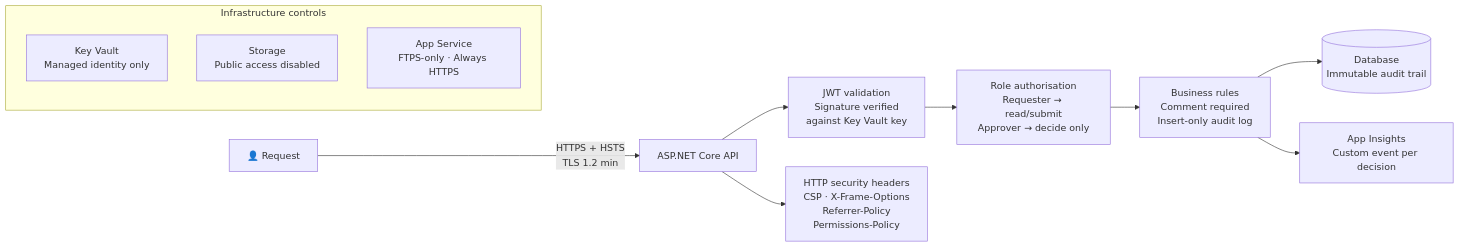
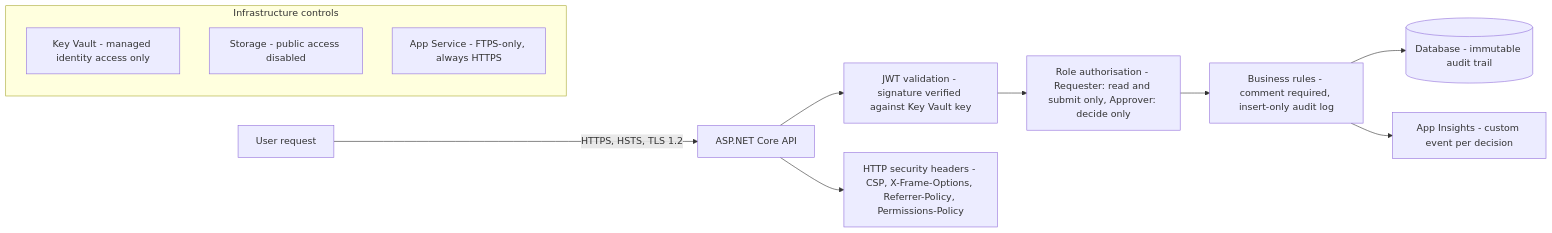
Before and after one commit to Jugcmd/CloudSec: the third of 5 diagrams in docs/presentation-diagrams.md, drawn with Mermaid. The commit also changed other lines of this file, not shown here.

Commit message:
fix: remove incompatible Mermaid syntax - emoji, arrows, special chars, quoted subgraphs

````diff
--- a/docs/presentation-diagrams.md
+++ b/docs/presentation-diagrams.md
@@ -86,19 +87,18 @@
 ```mermaid
 flowchart LR
-    U["👤 Request"] -->|HTTPS + HSTS\nTLS 1.2 min| API["ASP.NET Core API"]
+    U["User request"] -->|"HTTPS, HSTS, TLS 1.2"| API["ASP.NET Core API"]
 
-    API --> JWT["JWT validation\nSignature verified\nagainst Key Vault key"]
-    JWT --> RBAC["Role authorisation\nRequester → read/submit\nApprover → decide only"]
-    RBAC --> BIZ["Business rules\nComment required\nInsert-only audit log"]
+    API --> JWT["JWT validation - signature verified against Key Vault key"]
+    JWT --> RBAC["Role authorisation - Requester: read and submit only, Approver: decide only"]
+    RBAC --> BIZ["Business rules - comment required, insert-only audit log"]
+    BIZ --> DB[("Database - immutable audit trail")]
+    BIZ --> AI["App Insights - custom event per decision"]
 
-    API --> HDR["HTTP security headers\nCSP · X-Frame-Options\nReferrer-Policy\nPermissions-Policy"]
+    API --> HDR["HTTP security headers - CSP, X-Frame-Options, Referrer-Policy, Permissions-Policy"]
 
-    BIZ --> DB[("Database\nImmutable audit trail")]
-    BIZ --> AI["App Insights\nCustom event per decision"]
-
-    subgraph INFRA ["Infrastructure controls"]
-        KV["Key Vault\nManaged identity only"]
-        STOR["Storage\nPublic access disabled"]
-        FTPS["App Service\nFTPS-only · Always HTTPS"]
+    subgraph INFRA [Infrastructure controls]
+        KV["Key Vault - managed identity access only"]
+        STOR["Storage - public access disabled"]
+        FTPS["App Service - FTPS-only, always HTTPS"]
     end
 ```
````
